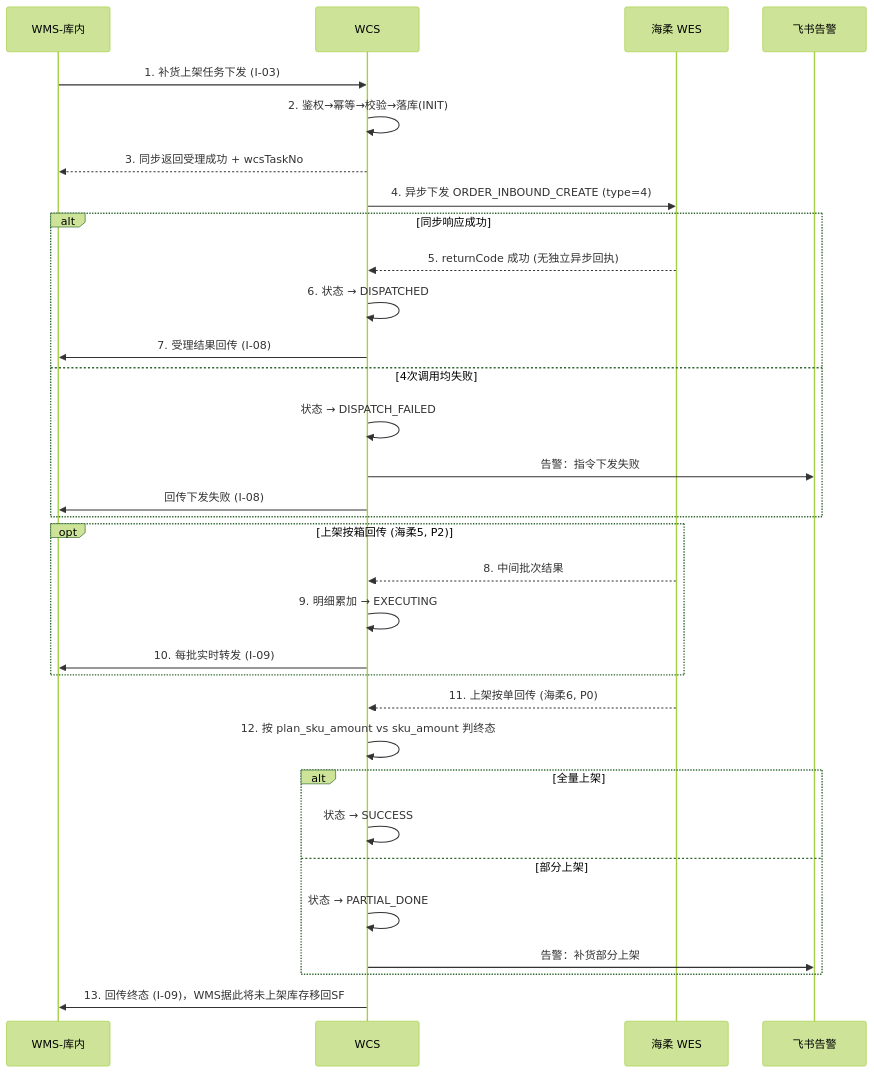
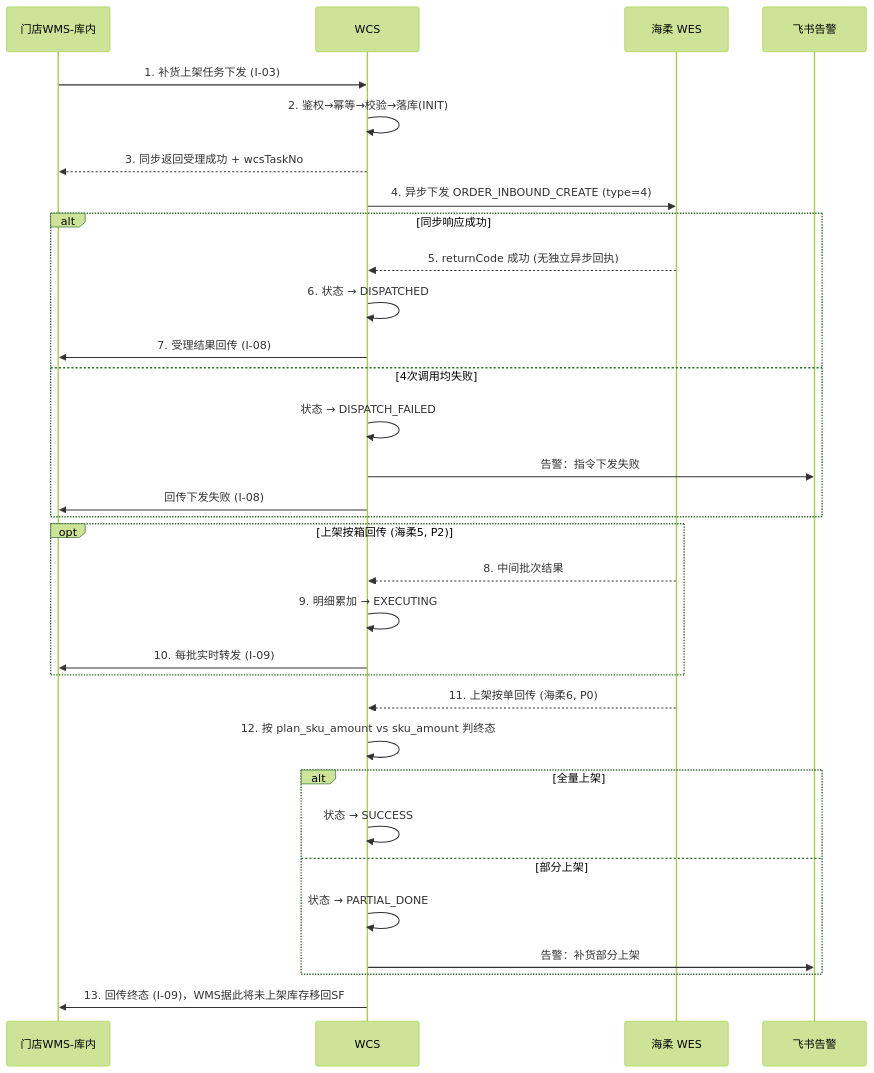
Before and after one commit to generous-jiang/jiangzw: the diagram in docs/wcs/diagrams/02-seq-replenish.mmd, drawn with Mermaid (forest theme). The commit also changed 9 other files, not shown here.

```diff
--- a/docs/wcs/diagrams/02-seq-replenish.mmd
+++ b/docs/wcs/diagrams/02-seq-replenish.mmd
@@ -1,32 +1,32 @@
 sequenceDiagram
-    participant WMS as WMS-库内
+    participant WMS as 门店WMS-库内
     participant WCS as WCS
     participant WES as 海柔 WES
     participant FS as 飞书告警
     WMS->>WCS: 1. 补货上架任务下发 (I-03)
     WCS->>WCS: 2. 鉴权→幂等→校验→落库(INIT)
     WCS-->>WMS: 3. 同步返回受理成功 + wcsTaskNo
     WCS->>WES: 4. 异步下发 ORDER_INBOUND_CREATE (type=4)
     alt 同步响应成功
         WES-->>WCS: 5. returnCode 成功 (无独立异步回执)
         WCS->>WCS: 6. 状态 → DISPATCHED
         WCS->>WMS: 7. 受理结果回传 (I-08)
     else 4次调用均失败
         WCS->>WCS: 状态 → DISPATCH_FAILED
         WCS->>FS: 告警：指令下发失败
         WCS->>WMS: 回传下发失败 (I-08)
     end
     opt 上架按箱回传 (海柔5, P2)
         WES-->>WCS: 8. 中间批次结果
         WCS->>WCS: 9. 明细累加 → EXECUTING
         WCS->>WMS: 10. 每批实时转发 (I-09)
     end
     WES-->>WCS: 11. 上架按单回传 (海柔6, P0)
     WCS->>WCS: 12. 按 plan_sku_amount vs sku_amount 判终态
     alt 全量上架
         WCS->>WCS: 状态 → SUCCESS
     else 部分上架
         WCS->>WCS: 状态 → PARTIAL_DONE
         WCS->>FS: 告警：补货部分上架
     end
     WCS->>WMS: 13. 回传终态 (I-09)，WMS据此将未上架库存移回SF
```
